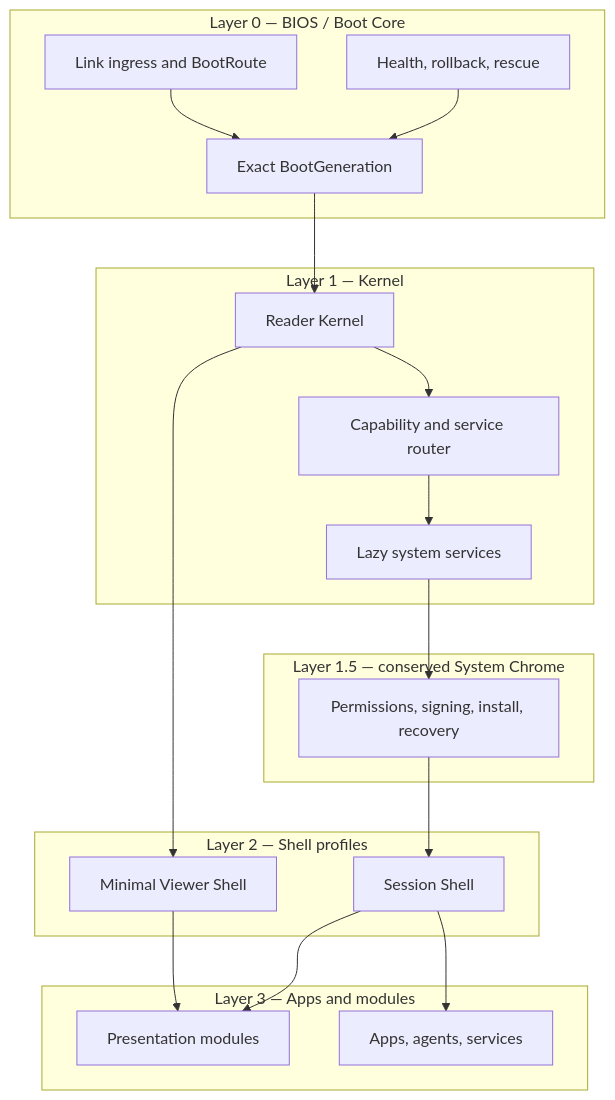
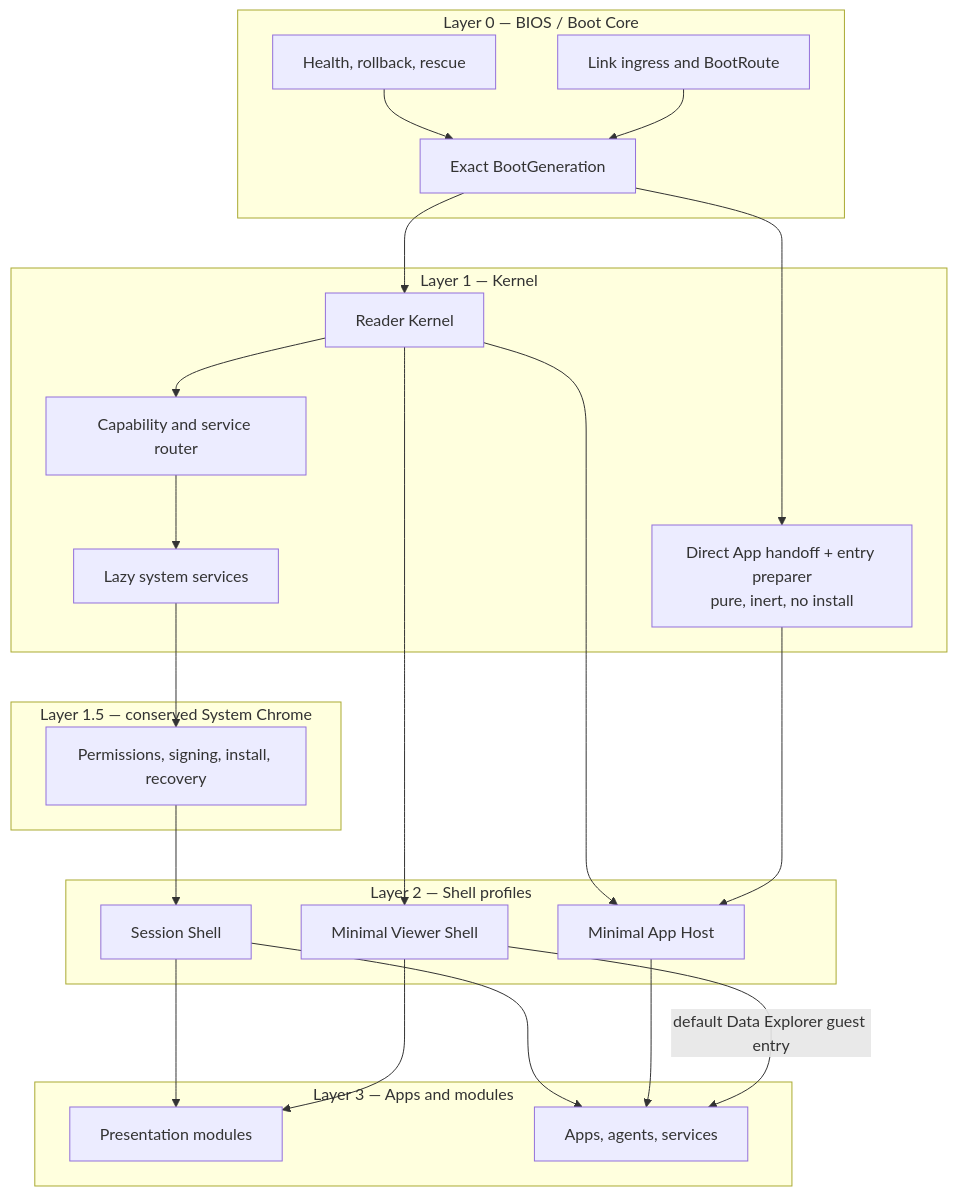
Before and after one commit to efs-project/planning: the diagram in Designs/web-client-os/architecture-and-modules.md, drawn with Mermaid. The commit also changed other lines of this file and 10 other files, not shown here.

First line of the commit message:
design: define direct App launch and practical runtimes

````diff
--- a/Designs/web-client-os/architecture-and-modules.md
+++ b/Designs/web-client-os/architecture-and-modules.md
@@ -46,36 +46,42 @@
 ```mermaid
 flowchart TB
     subgraph B["Layer 0 — BIOS / Boot Core"]
       LINK["Link ingress and BootRoute"]
       GEN["Exact BootGeneration"]
       HEALTH["Health, rollback, rescue"]
     end
 
     subgraph K["Layer 1 — Kernel"]
       RK["Reader Kernel"]
+      PREP["Direct App handoff + entry preparer<br/>pure, inert, no install"]
       CAP["Capability and service router"]
       SYS["Lazy system services"]
     end
 
     subgraph C["Layer 1.5 — conserved System Chrome"]
       SEC["Permissions, signing, install, recovery"]
     end
 
     subgraph S["Layer 2 — Shell profiles"]
       MIN["Minimal Viewer Shell"]
+      APPHOST["Minimal App Host"]
       SESSION["Session Shell"]
     end
 
     subgraph A["Layer 3 — Apps and modules"]
       PRESENT["Presentation modules"]
       APP["Apps, agents, services"]
     end
 
     LINK --> GEN --> RK --> MIN
+    GEN --> PREP --> APPHOST
+    RK --> APPHOST
+    MIN -->|"default Data Explorer guest entry"| APP
+    APPHOST --> APP
     HEALTH --> GEN
     RK --> CAP
     CAP --> SYS --> SEC --> SESSION
     MIN --> PRESENT
     SESSION --> PRESENT
     SESSION --> APP
 ```
````
